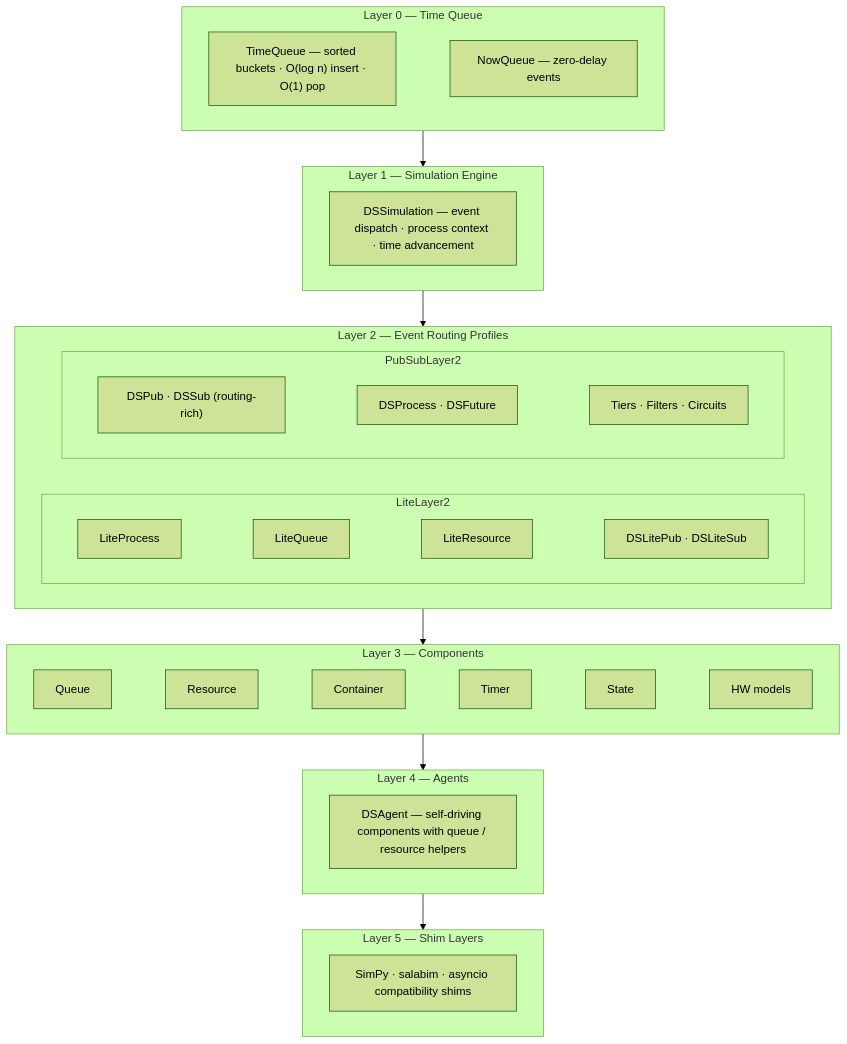
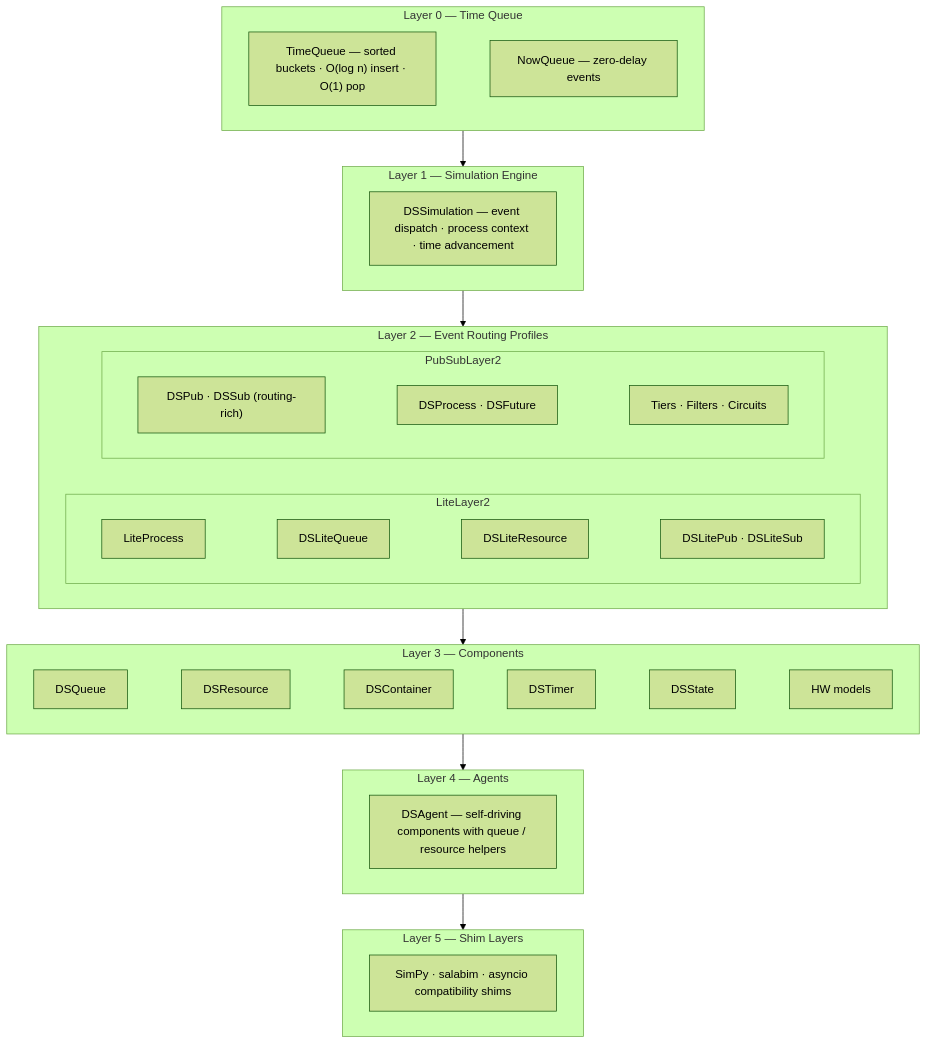
The diagram in docs/user-guide/02-core-concepts.md (majvan/DSSim), drawn with Mermaid (forest theme) before and after one commit. The commit also changed other lines of this file and 7 other files, not shown here.

````diff
--- a/docs/user-guide/02-core-concepts.md
+++ b/docs/user-guide/02-core-concepts.md
@@ -7,36 +7,36 @@
 ```mermaid
 flowchart TB
   subgraph L5["Layer 5 — Shim Layers"]
     direction LR
     SH["SimPy · salabim · asyncio compatibility shims"]
   end
   subgraph L4["Layer 4 — Agents"]
     direction LR
     AG["DSAgent — self-driving components with queue / resource helpers"]
   end
   subgraph L3["Layer 3 — Components"]
     direction LR
-    Q["Queue"] ~~~ R["Resource"] ~~~ Co["Container"] ~~~ Ti["Timer"] ~~~ St["State"] ~~~ HW["HW models"]
+    Q["DSQueue"] ~~~ R["DSResource"] ~~~ Co["DSContainer"] ~~~ Ti["DSTimer"] ~~~ St["DSState"] ~~~ HW["HW models"]
   end
   subgraph L2["Layer 2 — Event Routing Profiles"]
     direction LR
     subgraph Lite["  LiteLayer2  "]
       direction LR
-      LP["LiteProcess"] ~~~ LQ["LiteQueue"] ~~~ LRes["LiteResource"] ~~~ LPB["DSLitePub · DSLiteSub"]
+      LP["LiteProcess"] ~~~ LQ["DSLiteQueue"] ~~~ LRes["DSLiteResource"] ~~~ LPB["DSLitePub · DSLiteSub"]
     end
     subgraph PubSub["  PubSubLayer2  "]
       direction LR
       PB["DSPub · DSSub (routing-rich)"] ~~~ DP["DSProcess · DSFuture"] ~~~ Fi["Tiers · Filters · Circuits"]
     end
   end
   subgraph L1["Layer 1 — Simulation Engine"]
     direction LR
     E["DSSimulation — event dispatch · process context · time advancement"]
   end
   subgraph L0["Layer 0 — Time Queue"]
     direction LR
     TQ["TimeQueue — sorted buckets · O(log n) insert · O(1) pop"] ~~~ NQ["NowQueue — zero-delay events"]
   end
 
   L0 --> L1 --> L2 --> L3 --> L4 --> L5
 ```
````
